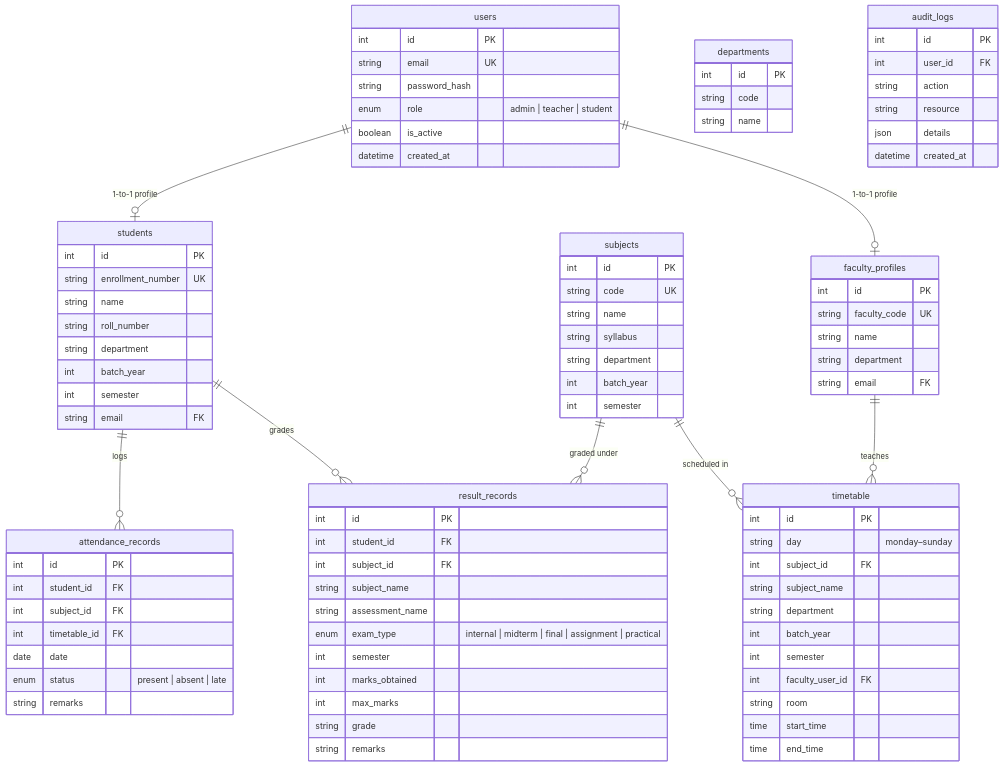
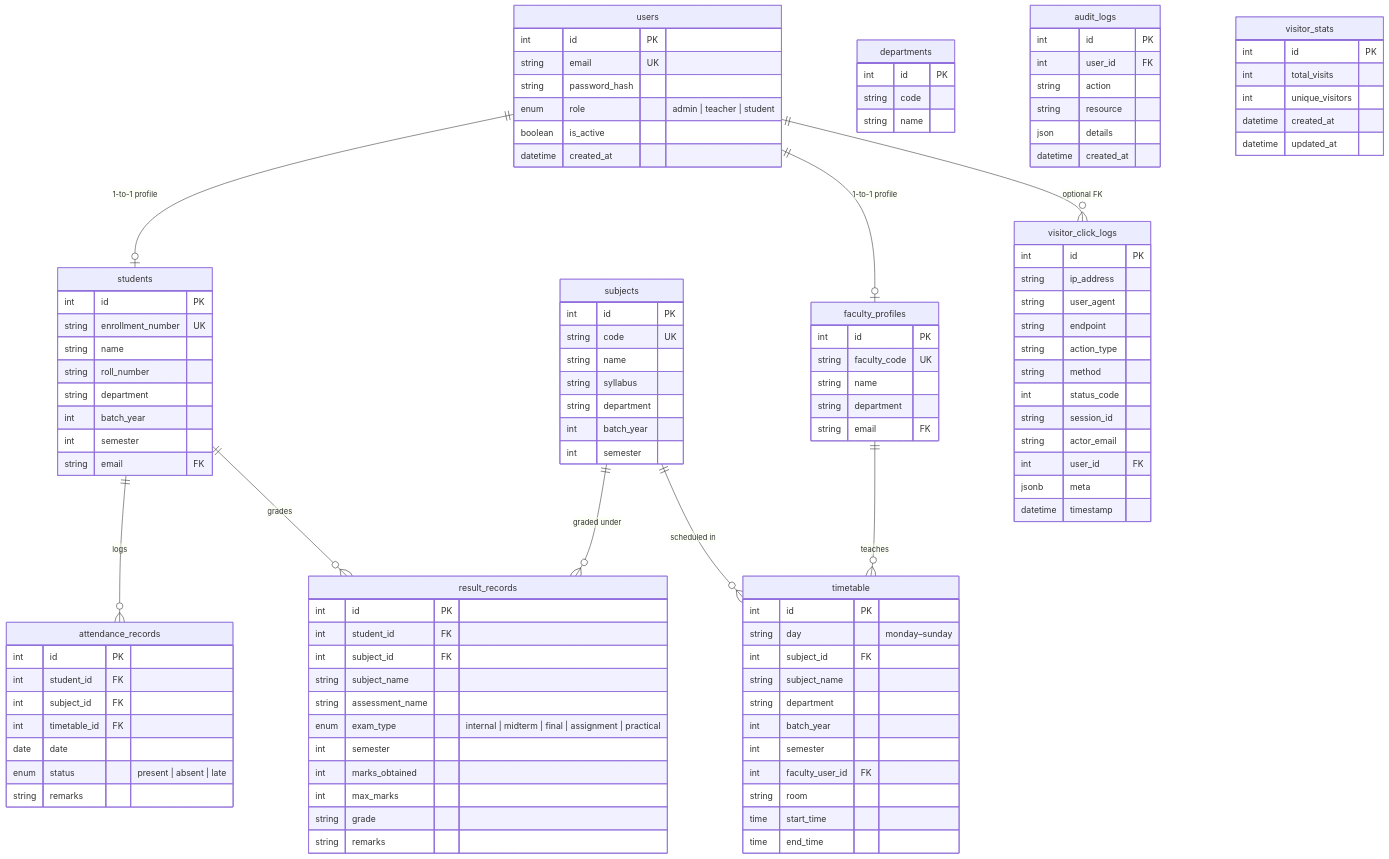
The second of 2 diagrams in PROJECT_DOCUMENTATION.md (iaravsinha/student-management-ai), drawn with Mermaid before and after one commit. The commit also changed other lines of this file and 35 other files, not shown here.

````diff
--- a/PROJECT_DOCUMENTATION.md
+++ b/PROJECT_DOCUMENTATION.md
@@ -211,6 +216,7 @@
     subjects ||--o{ timetable : "scheduled in"
     subjects ||--o{ result_records : "graded under"
     faculty_profiles ||--o{ timetable : "teaches"
+    users ||--o{ visitor_click_logs : "optional FK"
 
     users {
         int id PK
@@ -302,4 +308,27 @@
         json details
         datetime created_at
     }
+
+    visitor_stats {
+        int id PK
+        int total_visits
+        int unique_visitors
+        datetime created_at
+        datetime updated_at
+    }
+
+    visitor_click_logs {
+        int id PK
+        string ip_address
+        string user_agent
+        string endpoint
+        string action_type
+        string method
+        int status_code
+        string session_id
+        string actor_email
+        int user_id FK
+        jsonb meta
+        datetime timestamp
+    }
 ```
````
